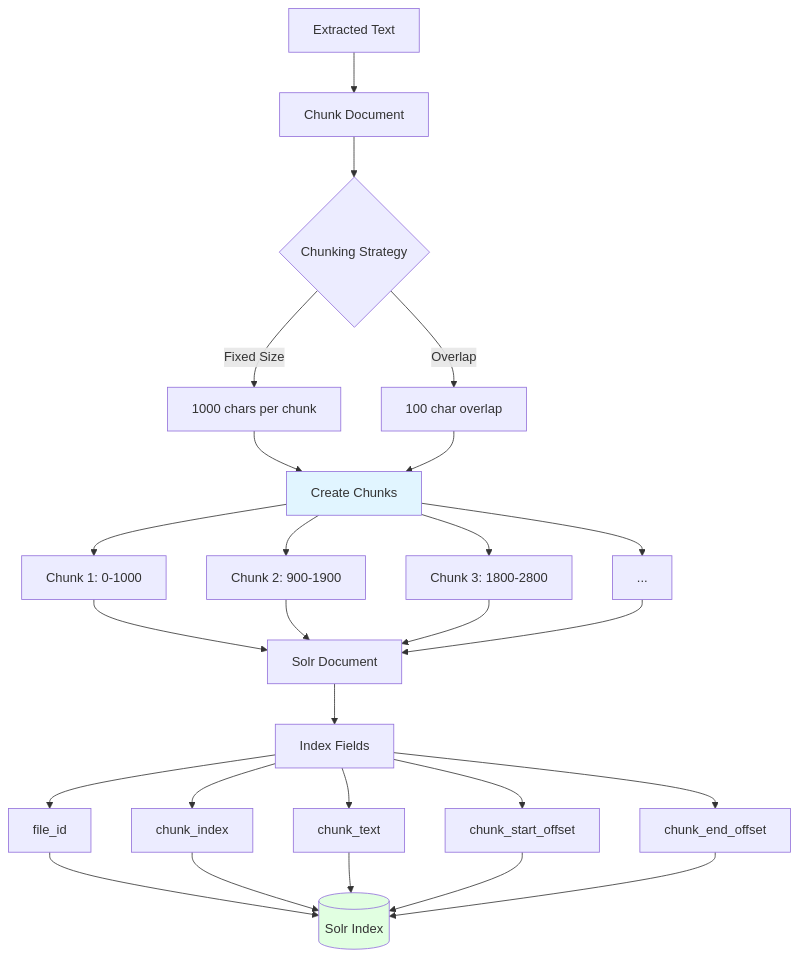
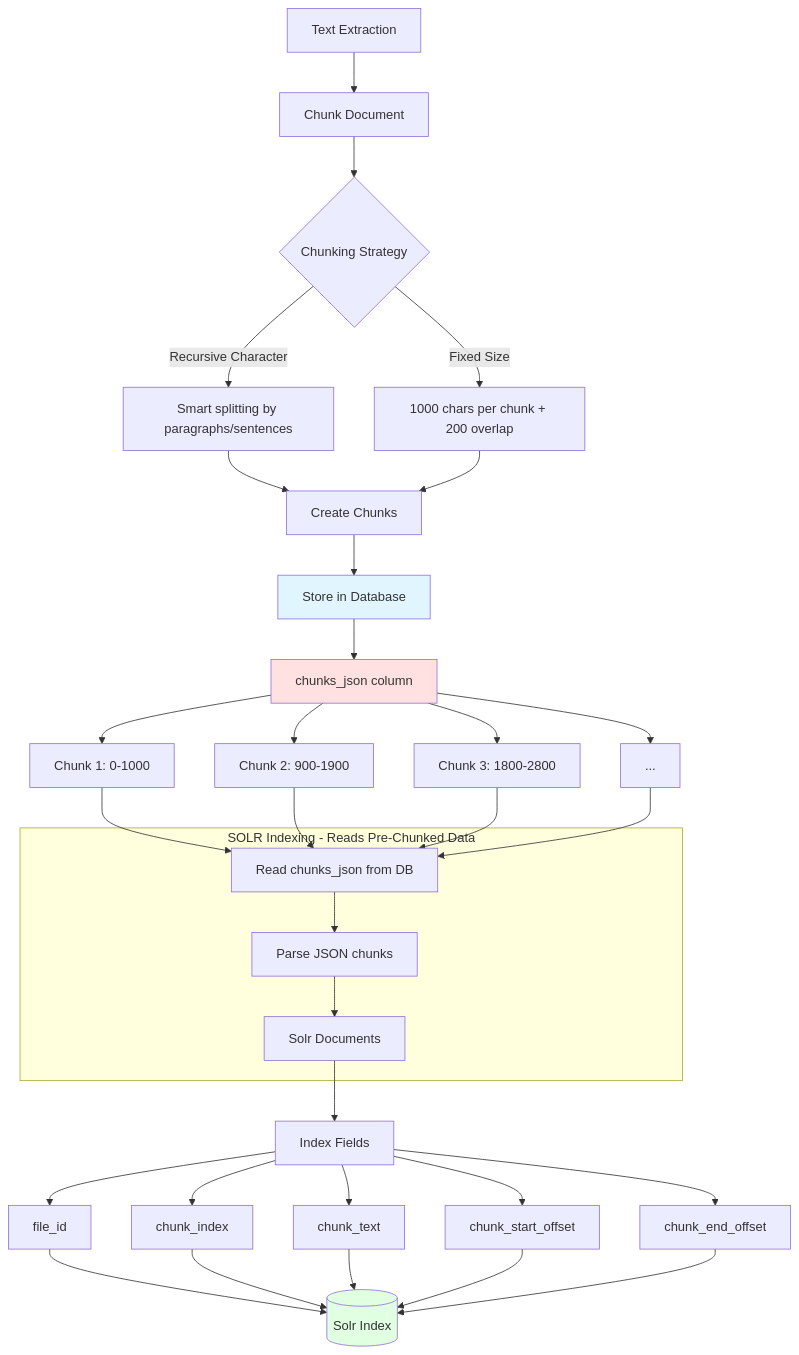
Before and after one commit to ConductionNL/openregister: the seventh of 7 diagrams in website/docs/Features/files.md, drawn with Mermaid. The commit also changed other lines of this file and 27 other files, not shown here.

````diff
--- a/website/docs/Features/files.md
+++ b/website/docs/Features/files.md
@@ -1040,37 +1051,47 @@
 ```mermaid
 graph TD
-    A[Extracted Text] --> B[Chunk Document]
+    A[Text Extraction] --> B[Chunk Document]
     B --> C{Chunking Strategy}
     
-    C -->|Fixed Size| D[1000 chars per chunk]
-    C -->|Overlap| E[100 char overlap]
+    C -->|Recursive Character| D[Smart splitting by paragraphs/sentences]
+    C -->|Fixed Size| E[1000 chars per chunk + 200 overlap]
     
     D --> F[Create Chunks]
     E --> F
     
-    F --> G[Chunk 1: 0-1000]
-    F --> H[Chunk 2: 900-1900]
-    F --> I[Chunk 3: 1800-2800]
-    F --> J[...]
+    F --> G[Store in Database]
+    G --> H[chunks_json column]
     
-    G --> K[Solr Document]
-    H --> K
-    I --> K
-    J --> K
+    H --> I[Chunk 1: 0-1000]
+    H --> J[Chunk 2: 900-1900]
+    H --> K[Chunk 3: 1800-2800]
+    H --> L[...]
     
-    K --> L[Index Fields]
-    L --> M[file_id]
-    L --> N[chunk_index]
-    L --> O[chunk_text]
-    L --> P[chunk_start_offset]
-    L --> Q[chunk_end_offset]
+    subgraph SOLR_Indexing[SOLR Indexing - Reads Pre-Chunked Data]
+        M[Read chunks_json from DB]
+        M --> N[Parse JSON chunks]
+        N --> O[Solr Documents]
+    end
     
-    M --> R[(Solr Index)]
-    N --> R
-    O --> R
-    P --> R
-    Q --> R
+    I --> M
+    J --> M
+    K --> M
+    L --> M
     
-    style F fill:#e1f5ff
-    style R fill:#e1ffe1
+    O --> P[Index Fields]
+    P --> Q[file_id]
+    P --> R[chunk_index]
+    P --> S[chunk_text]
+    P --> T[chunk_start_offset]
+    P --> U[chunk_end_offset]
+    
+    Q --> V[(Solr Index)]
+    R --> V
+    S --> V
+    T --> V
+    U --> V
+    
+    style G fill:#e1f5ff
+    style H fill:#ffe1e1
+    style V fill:#e1ffe1
 ```
````
